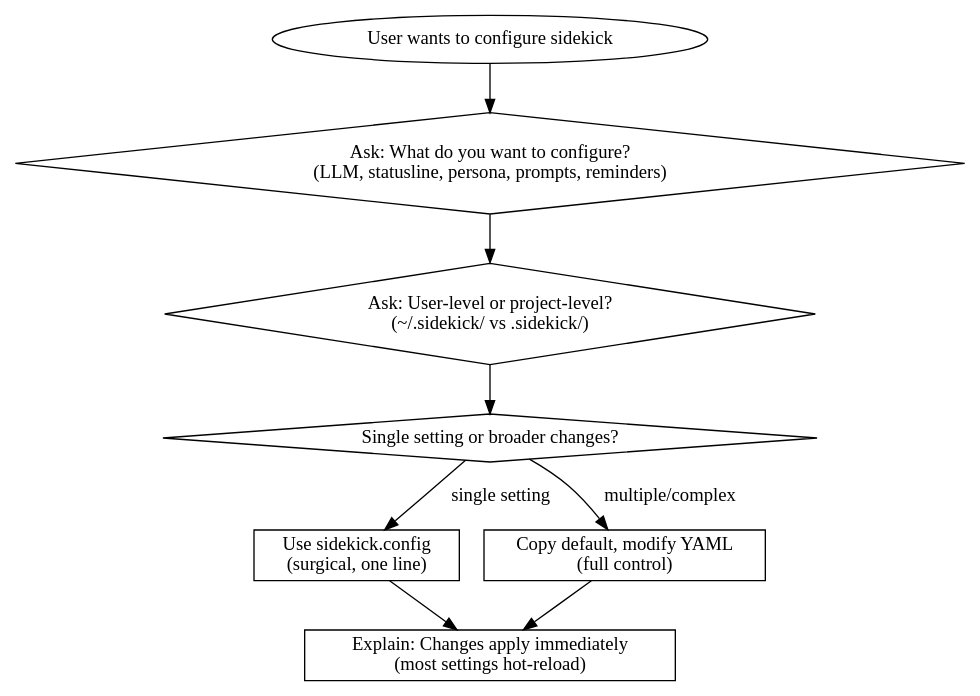
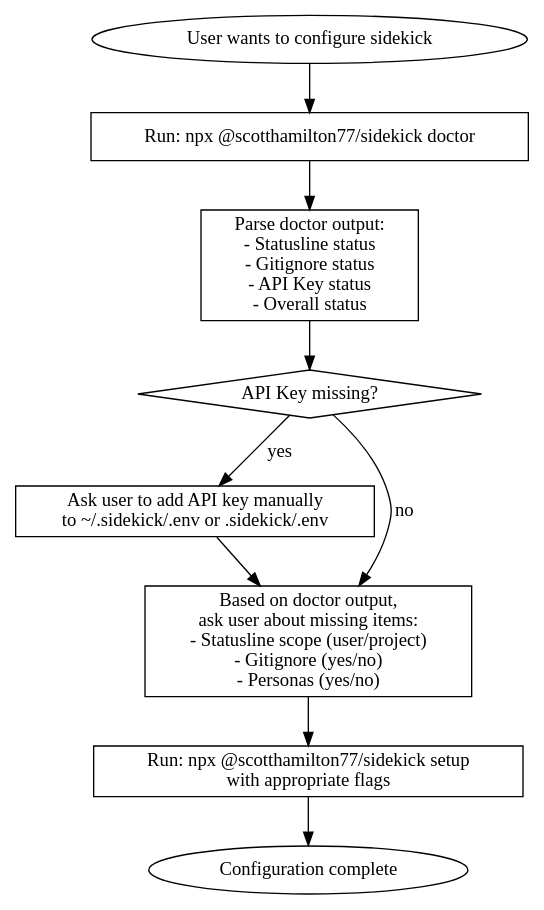
Before and after one commit to scotthamilton77/claude-code-sidekick: the diagram in packages/sidekick-plugin/skills/sidekick-config/SKILL.md, drawn with Graphviz. The commit also changed other lines of this file, not shown here.

Commit message:
refactor(SKILL.md): update configuration workflow and clarify setup steps

````diff
--- a/packages/sidekick-plugin/skills/sidekick-config/SKILL.md
+++ b/packages/sidekick-plugin/skills/sidekick-config/SKILL.md
@@ -29,22 +29,24 @@
 ```dot
-digraph config_flow {
+digraph setup_flow {
     rankdir=TB;
     node [shape=box];
 
     start [label="User wants to configure sidekick" shape=ellipse];
-    ask_what [label="Ask: What do you want to configure?\n(LLM, statusline, persona, prompts, reminders)" shape=diamond];
-    ask_scope [label="Ask: User-level or project-level?\n(~/.sidekick/ vs .sidekick/)" shape=diamond];
-    ask_method [label="Single setting or broader changes?" shape=diamond];
-    sidekick_config [label="Use sidekick.config\n(surgical, one line)"];
-    yaml_file [label="Copy default, modify YAML\n(full control)"];
-    explain_reload [label="Explain: Changes apply immediately\n(most settings hot-reload)"];
+    run_doctor [label="Run: npx @scotthamilton77/sidekick doctor"];
+    parse_output [label="Parse doctor output:\n- Statusline status\n- Gitignore status\n- API Key status\n- Overall status"];
+    check_apikey [label="API Key missing?" shape=diamond];
+    ask_apikey [label="Ask user to add API key manually\nto ~/.sidekick/.env or .sidekick/.env"];
+    gather_params [label="Based on doctor output,\nask user about missing items:\n- Statusline scope (user/project)\n- Gitignore (yes/no)\n- Personas (yes/no)"];
+    run_setup [label="Run: npx @scotthamilton77/sidekick setup\nwith appropriate flags"];
+    done [label="Configuration complete" shape=ellipse];
 
-    start -> ask_what;
-    ask_what -> ask_scope;
-    ask_scope -> ask_method;
-    ask_method -> sidekick_config [label="single setting"];
-    ask_method -> yaml_file [label="multiple/complex"];
-    sidekick_config -> explain_reload;
-    yaml_file -> explain_reload;
+    start -> run_doctor;
+    run_doctor -> parse_output;
+    parse_output -> check_apikey;
+    check_apikey -> ask_apikey [label="yes"];
+    check_apikey -> gather_params [label="no"];
+    ask_apikey -> gather_params;
+    gather_params -> run_setup;
+    run_setup -> done;
 }
 ```
````
